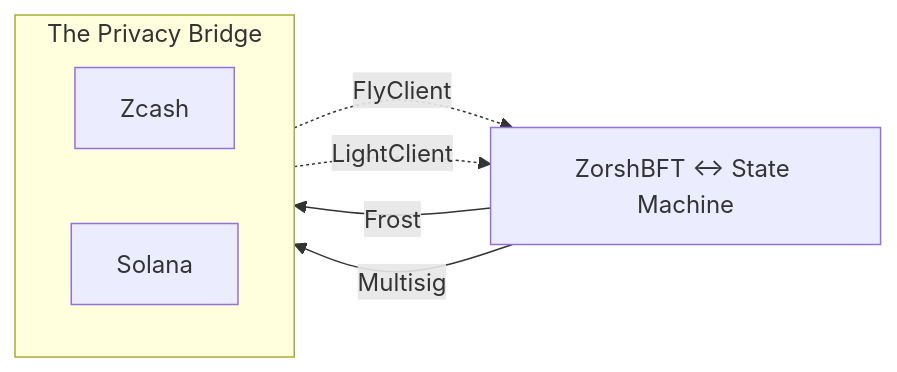
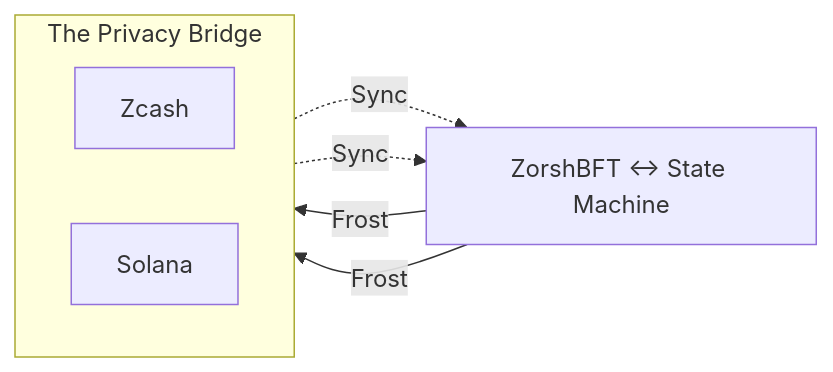
Before and after one commit to clearloop/zosh: the diagram in docs/src/intro.md, drawn with Mermaid. The commit also changed other lines of this file and 25 other files, not shown here.

````diff
--- a/docs/src/intro.md
+++ b/docs/src/intro.md
@@ -28,17 +33,18 @@
 ```mermaid
 flowchart LR
     A[Zcash]
     B[Solana]
     C[ZorshBFT <-> State Machine]
 
-    A -.-> |FlyClient| C
-    B -.-> |LightClient| C
+    A -.-> |Sync| C
+    B -.-> |Sync| C
     C --> |Frost| A
-    C --> |Multisig| B
+    C --> |Frost| B
 
     subgraph The Privacy Bridge
         direction LR
         A
         B
     end
+
 ```
````
